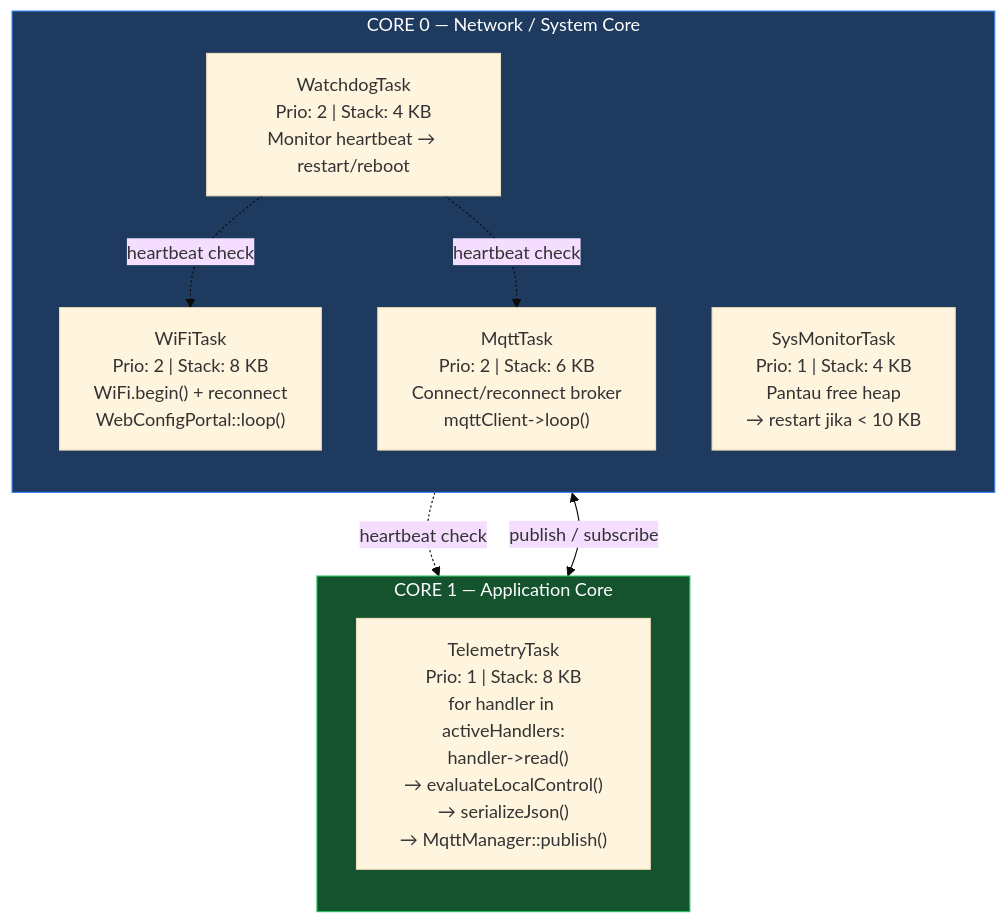
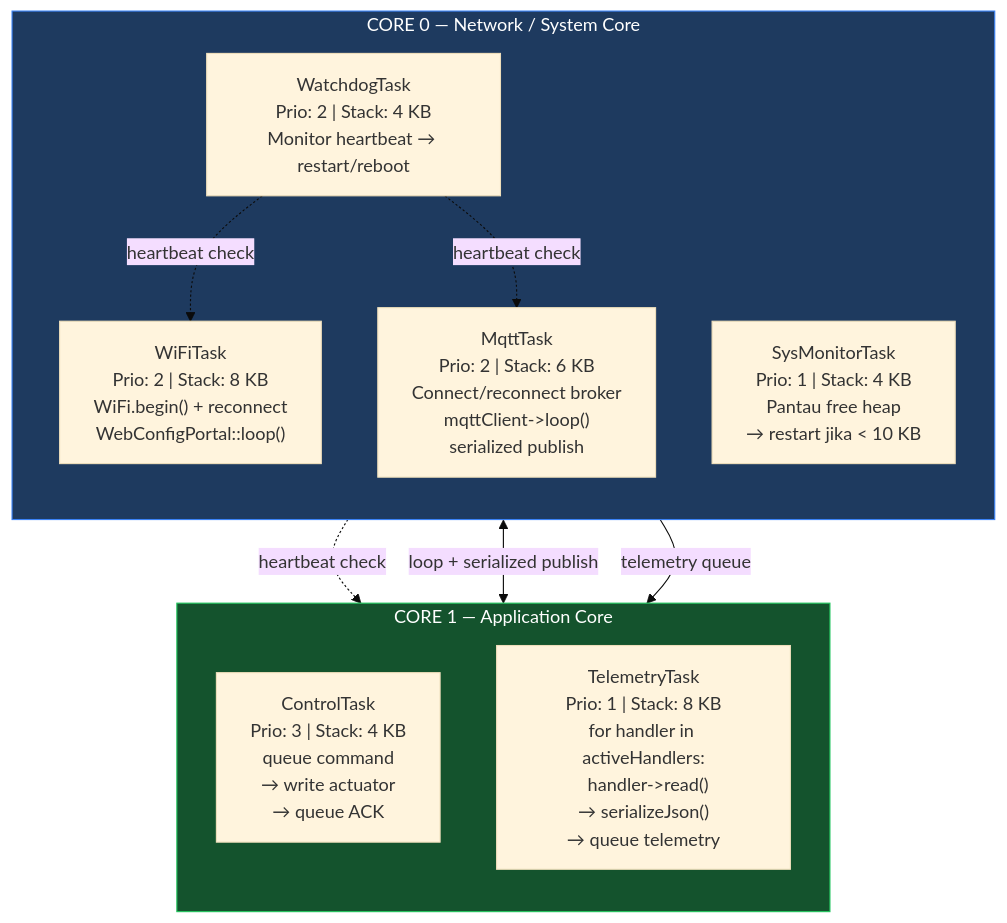
One commit to Rezen351/enyx-enterprise changed the first of 5 diagrams in docs/firmware.md. Above: the diagram before and after it, drawn with Mermaid (base theme). The commit also changed other lines of this file and 7 other files, not shown here.

Commit message:
feat(firmware): add ControlTask, serialize MQTT publish, and harden WiFi auth

````diff
--- a/docs/firmware.md
+++ b/docs/firmware.md
@@ -13,20 +13,22 @@
 ```mermaid
 graph TB
     subgraph CORE0["CORE 0 — Network / System Core"]
         direction TB
         WD["WatchdogTask\nPrio: 2 | Stack: 4 KB\nMonitor heartbeat → restart/reboot"]
         WIFI["WiFiTask\nPrio: 2 | Stack: 8 KB\nWiFi.begin() + reconnect\nWebConfigPortal::loop()"]
-        MQTT["MqttTask\nPrio: 2 | Stack: 6 KB\nConnect/reconnect broker\nmqttClient->loop()"]
+        MQTT["MqttTask\nPrio: 2 | Stack: 6 KB\nConnect/reconnect broker\nmqttClient->loop()\nserialized publish"]
         SYS["SysMonitorTask\nPrio: 1 | Stack: 4 KB\nPantau free heap\n→ restart jika < 10 KB"]
     end
     subgraph CORE1["CORE 1 — Application Core"]
         direction TB
-        TELE["TelemetryTask\nPrio: 1 | Stack: 8 KB\nfor handler in activeHandlers:\n  handler->read()\n→ evaluateLocalControl()\n→ serializeJson()\n→ MqttManager::publish()"]
+        CTRL["ControlTask\nPrio: 3 | Stack: 4 KB\nqueue command\n→ write actuator\n→ queue ACK"]
+        TELE["TelemetryTask\nPrio: 1 | Stack: 8 KB\nfor handler in activeHandlers:\n  handler->read()\n→ serializeJson()\n→ queue telemetry"]
     end
     WD -. heartbeat check .-> WIFI
     WD -. heartbeat check .-> MQTT
     WD -. heartbeat check .-> TELE
-    MQTT <-->|publish / subscribe| TELE
+    MQTT <-->|loop + serialized publish| CTRL
+    MQTT -->|telemetry queue| TELE
     style CORE0 fill:#1e3a5f,color:#fff,stroke:#3b82f6
     style CORE1 fill:#14532d,color:#fff,stroke:#22c55e
 ```
````
